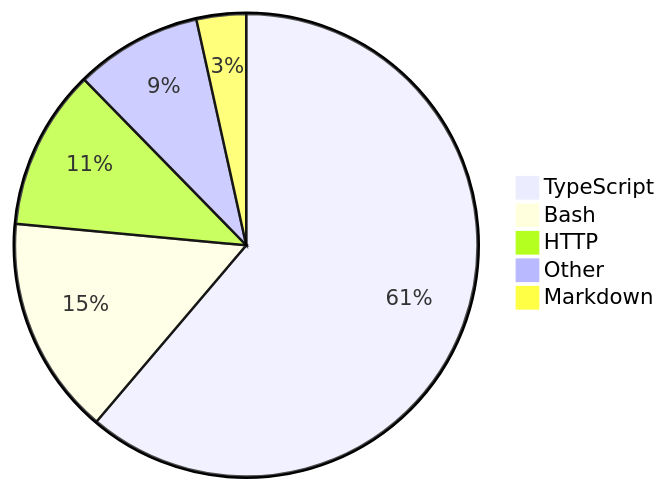
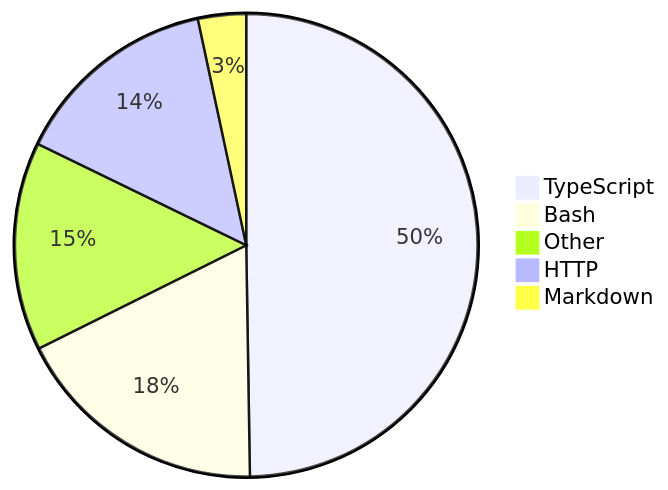
Before and after one commit to skvggor/skvggor: the diagram in README.md, drawn with Mermaid.

Commit message:
Updated waka-readme graph with new metrics

````diff
--- a/README.md
+++ b/README.md
@@ -16,8 +16,8 @@
 ```mermaid
 pie
-    "TypeScript" : 60.1
-    "Bash" : 15.0
-    "HTTP" : 11.0
-    "Other" : 8.7
-    "Markdown" : 3.4
+    "TypeScript" : 48.9
+    "Bash" : 17.6
+    "Other" : 14.3
+    "HTTP" : 14.2
+    "Markdown" : 3.3
 ```
````
